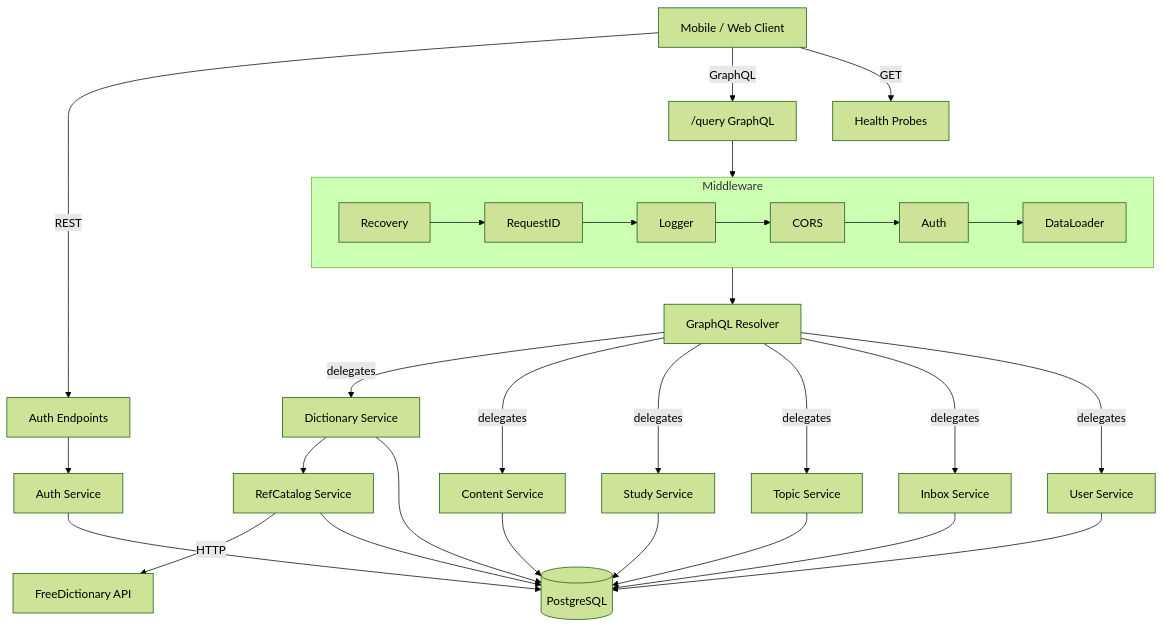
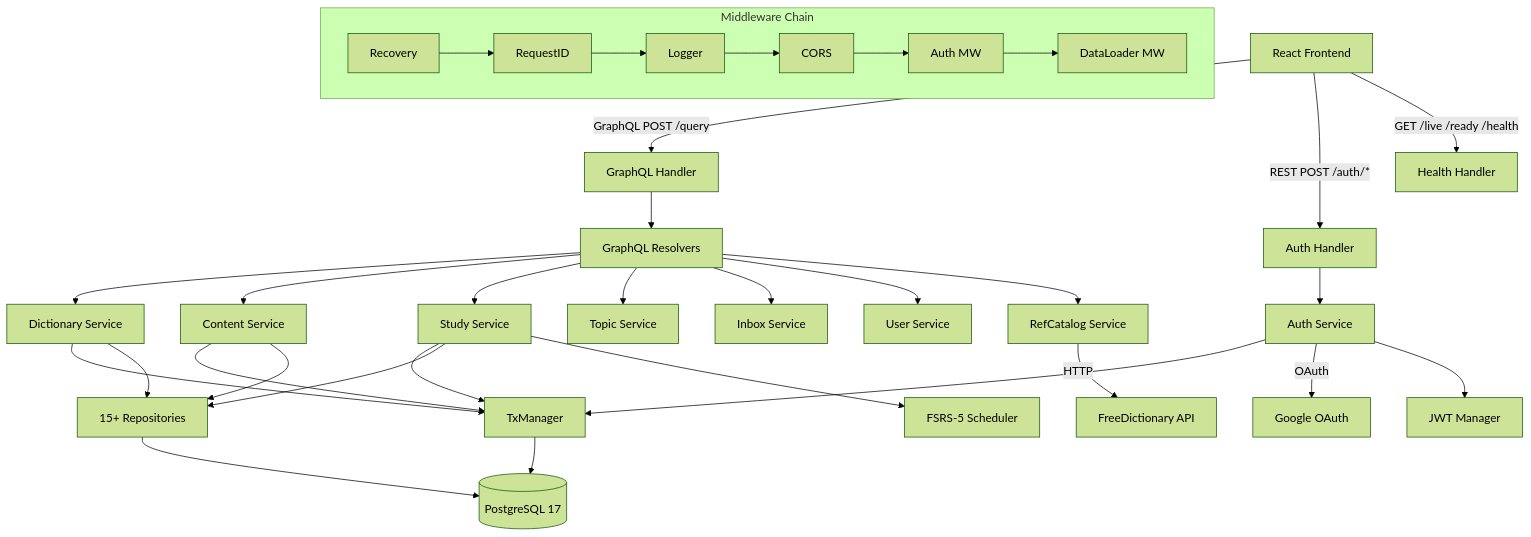
One commit to heartmarshall/genius-disctionary-backend changed the diagram in backend_v4/docs/ARCHITECTURE.md. Above: the diagram before and after it, drawn with Mermaid (forest theme). The commit also changed other lines of this file and 26 other files, not shown here.

````diff
--- a/backend_v4/docs/ARCHITECTURE.md
+++ b/backend_v4/docs/ARCHITECTURE.md
@@ -9,34 +11,39 @@
 ```mermaid
 graph TD
-    Client[Mobile / Web Client] -->|REST| AuthREST[Auth Endpoints]
-    Client -->|GraphQL| GQL["/query" GraphQL]
-    Client -->|GET| Health[Health Probes]
+    Client[React Frontend] -->|GraphQL POST /query| GQL[GraphQL Handler]
+    Client -->|REST POST /auth/*| Auth[Auth Handler]
+    Client -->|GET /live /ready /health| Health[Health Handler]
 
-    subgraph Middleware
-        Recovery --> RequestID --> Logger --> CORS --> AuthMW[Auth] --> DataLoader
+    subgraph Middleware Chain
+        Recovery --> RequestID --> Logger --> CORS --> AuthMW[Auth MW] --> DL[DataLoader MW]
     end
 
-    GQL --> Middleware
-    Middleware --> Resolver[GraphQL Resolver]
+    GQL --> Resolvers[GraphQL Resolvers]
+    Auth --> AuthSvc[Auth Service]
 
-    Resolver -->|delegates| DictSvc[Dictionary Service]
-    Resolver -->|delegates| ContentSvc[Content Service]
-    Resolver -->|delegates| StudySvc[Study Service]
-    Resolver -->|delegates| TopicSvc[Topic Service]
-    Resolver -->|delegates| InboxSvc[Inbox Service]
-    Resolver -->|delegates| UserSvc[User Service]
+    Resolvers --> DictSvc[Dictionary Service]
+    Resolvers --> ContentSvc[Content Service]
+    Resolvers --> StudySvc[Study Service]
+    Resolvers --> TopicSvc[Topic Service]
+    Resolvers --> InboxSvc[Inbox Service]
+    Resolvers --> UserSvc[User Service]
+    Resolvers --> RefCatSvc[RefCatalog Service]
 
-    AuthREST --> AuthSvc[Auth Service]
+    DictSvc --> TxM[TxManager]
+    StudySvc --> TxM
+    ContentSvc --> TxM
+    AuthSvc --> TxM
 
-    DictSvc --> RefCatSvc[RefCatalog Service]
-    RefCatSvc -->|HTTP| FreeDictAPI[FreeDictionary API]
+    TxM --> PG[(PostgreSQL 17)]
 
-    DictSvc --> DB[(PostgreSQL)]
-    ContentSvc --> DB
-    StudySvc --> DB
-    TopicSvc --> DB
-    InboxSvc --> DB
-    UserSvc --> DB
-    AuthSvc --> DB
-    RefCatSvc --> DB
+    DictSvc --> Repos[15+ Repositories]
+    StudySvc --> Repos
+    ContentSvc --> Repos
+    Repos --> PG
+
+    RefCatSvc -->|HTTP| FreeDict[FreeDictionary API]
+    AuthSvc -->|OAuth| Google[Google OAuth]
+    AuthSvc --> JWT[JWT Manager]
+
+    StudySvc --> FSRS[FSRS-5 Scheduler]
 ```
````
